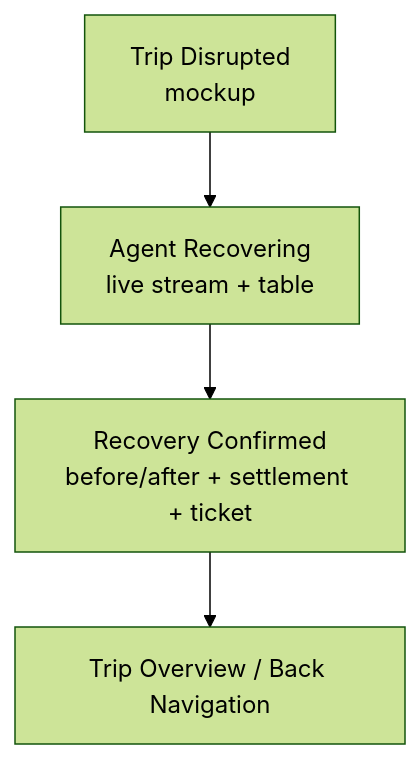
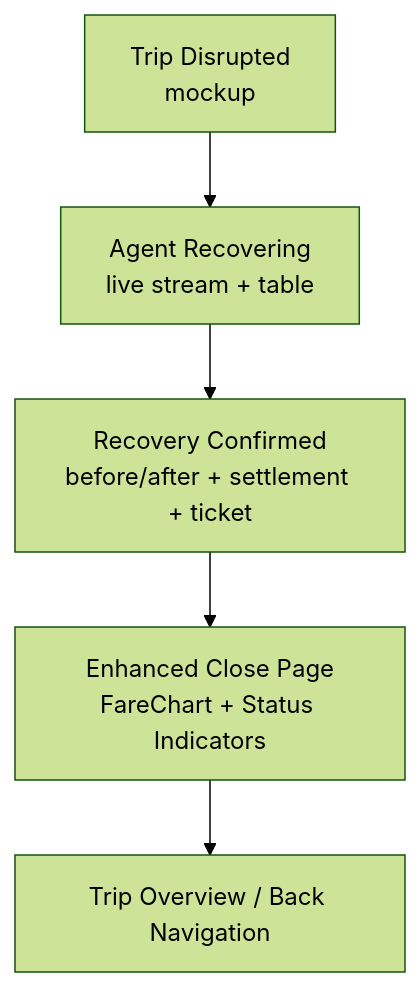
One commit to jaydonnnk/waypoint changed the first of 4 diagrams in .qoder/repowiki/en/content/Product Design/Recovery Confirmation Screen.md. Above: the diagram before and after it, drawn with Mermaid (forest theme). The commit also changed other lines of this file and 20 other files, not shown here.

````diff
--- a/.qoder/repowiki/en/content/Product Design/Recovery Confirmation Screen.md
+++ b/.qoder/repowiki/en/content/Product Design/Recovery Confirmation Screen.md
@@ -38,6 +53,7 @@
 ```mermaid
 graph TB
 A["Trip Disrupted<br/>mockup"] --> B["Agent Recovering<br/>live stream + table"]
 B --> C["Recovery Confirmed<br/>before/after + settlement + ticket"]
-C --> D["Trip Overview / Back Navigation"]
+C --> D["Enhanced Close Page<br/>FareChart + Status Indicators"]
+D --> E["Trip Overview / Back Navigation"]
 ```
````
